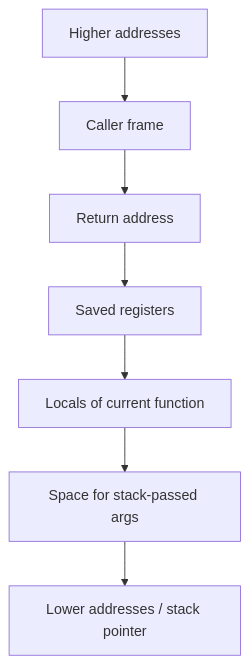
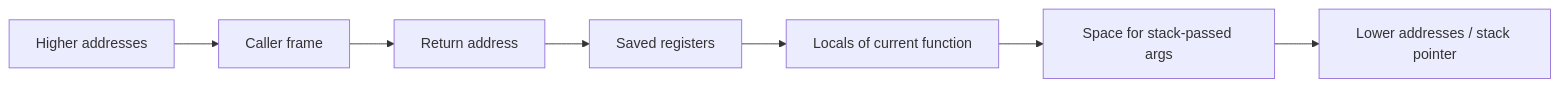
Before and after one commit to amrrdev/amrrdev.github.io: the diagram in _posts/2026-08-26-assembly-calling-conventions-and-stack-frames.md, drawn with Mermaid. The commit also changed other lines of this file and 46 other files, not shown here.

````diff
--- a/_posts/2026-08-26-assembly-calling-conventions-and-stack-frames.md
+++ b/_posts/2026-08-26-assembly-calling-conventions-and-stack-frames.md
@@ -75,10 +75,10 @@
 ```mermaid
-flowchart TB
+flowchart LR
     High[Higher addresses]
     High --> Saved[Caller frame]
     Saved --> Ret[Return address]
     Ret --> SavedRegs[Saved registers]
     SavedRegs --> Locals[Locals of current function]
     Locals --> Args[Space for stack-passed args]
     Args --> Low[Lower addresses / stack pointer]
 ```
````
